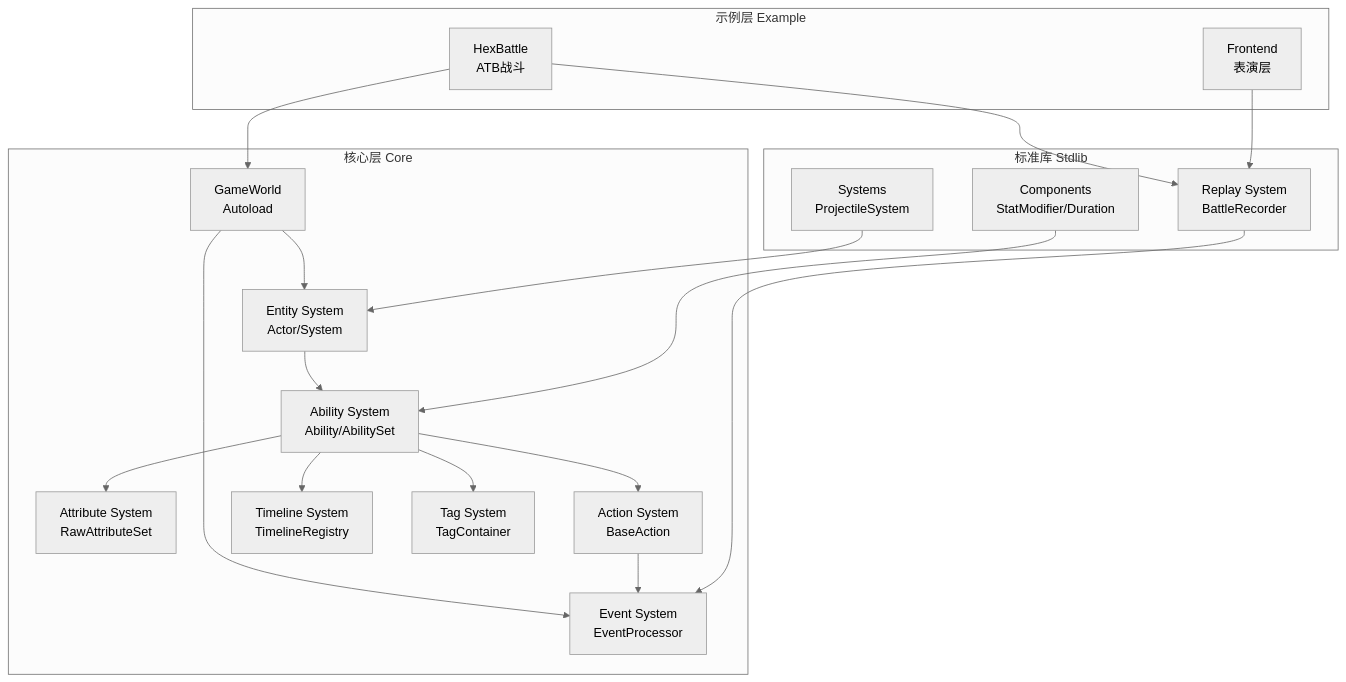
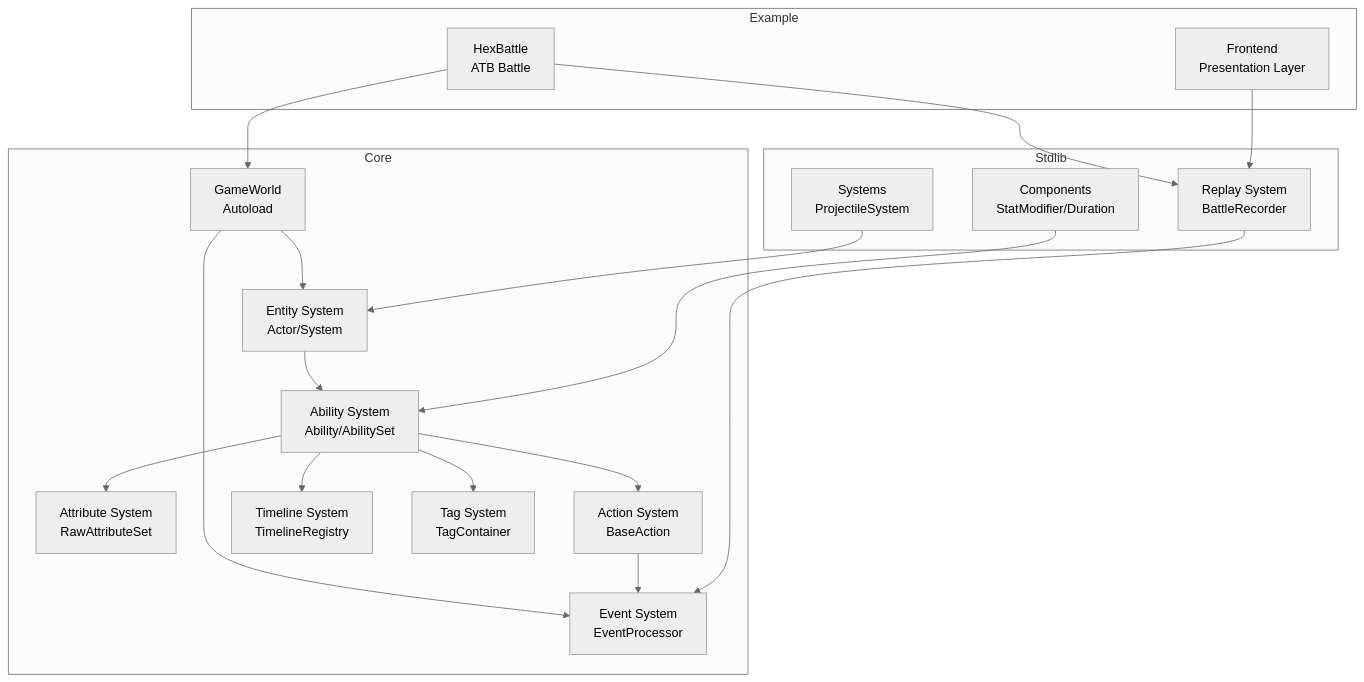
The diagram in addons/logic-game-framework/AGENTS.md (15195999826/inkmon-godot), drawn with Mermaid (neutral theme) before and after one commit. The commit also changed other lines of this file and 2 other files, not shown here.

````diff
--- a/addons/logic-game-framework/AGENTS.md
+++ b/addons/logic-game-framework/AGENTS.md
@@ -291,39 +10,39 @@
 ```mermaid
 graph TB
-    subgraph "核心层 Core"
+    subgraph "Core"
         World[GameWorld<br/>Autoload]
         Entity[Entity System<br/>Actor/System]
         Attributes[Attribute System<br/>RawAttributeSet]
         Abilities[Ability System<br/>Ability/AbilitySet]
         Events[Event System<br/>EventProcessor]
         Actions[Action System<br/>BaseAction]
         Timeline[Timeline System<br/>TimelineRegistry]
         Tags[Tag System<br/>TagContainer]
     end
     
-    subgraph "标准库 Stdlib"
+    subgraph "Stdlib"
         Components[Components<br/>StatModifier/Duration]
         Systems[Systems<br/>ProjectileSystem]
         Replay[Replay System<br/>BattleRecorder]
     end
     
-    subgraph "示例层 Example"
-        HexBattle[HexBattle<br/>ATB战斗]
-        Frontend[Frontend<br/>表演层]
+    subgraph "Example"
+        HexBattle[HexBattle<br/>ATB Battle]
+        Frontend[Frontend<br/>Presentation Layer]
     end
     
     World --> Entity
     World --> Events
     Entity --> Abilities
     Abilities --> Attributes
     Abilities --> Tags
     Abilities --> Actions
     Abilities --> Timeline
     Actions --> Events
     Components --> Abilities
     Systems --> Entity
     Replay --> Events
     HexBattle --> World
     HexBattle --> Replay
     Frontend --> Replay
 ```
````
